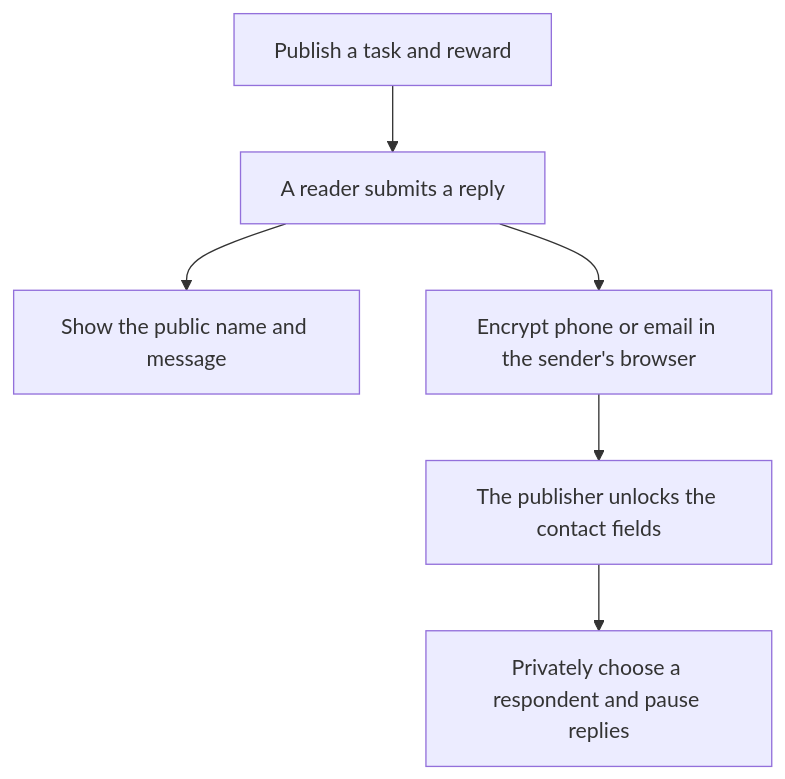
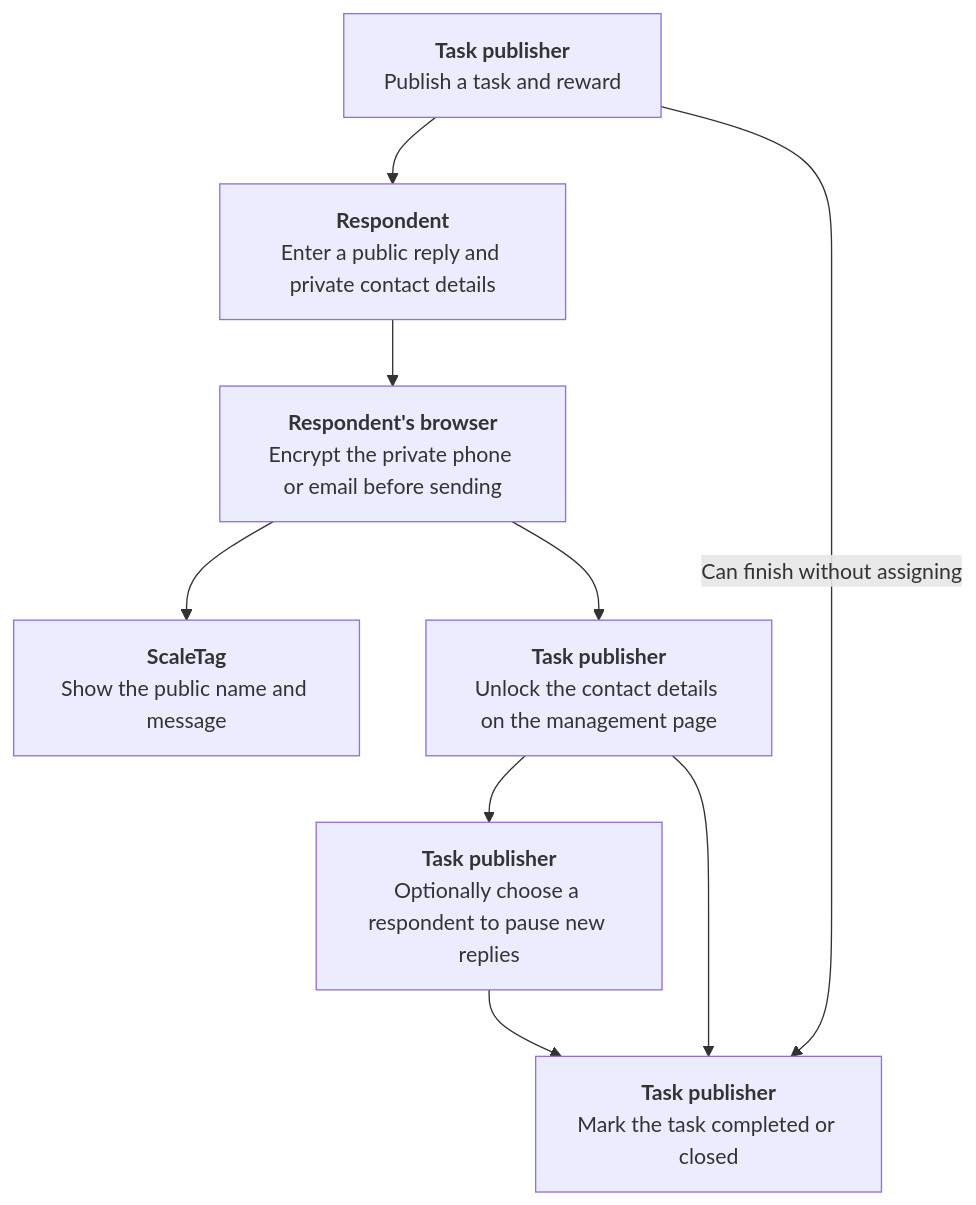
The second of 11 diagrams in README.md (ChrisXHLeung/ScaleTag), drawn with Mermaid before and after one commit. The commit also changed other lines of this file and 4 other files, not shown here.

Commit message:
Identify actors in ScaleTag feature workflows

````diff
--- a/README.md
+++ b/README.md
@@ -27,8 +27,11 @@
 ```mermaid
 flowchart TD
-    A["Publish a task and reward"] --> B["A reader submits a reply"]
-    B --> C["Show the public name and message"]
-    B --> D["Encrypt phone or email in the sender's browser"]
-    D --> E["The publisher unlocks the contact fields"]
-    E --> F["Privately choose a respondent and pause replies"]
+    A["<b>Task publisher</b><br/>Publish a task and reward"] --> B["<b>Respondent</b><br/>Enter a public reply and private contact details"]
+    B --> D["<b>Respondent's browser</b><br/>Encrypt the private phone or email before sending"]
+    D --> C["<b>ScaleTag</b><br/>Show the public name and message"]
+    D --> E["<b>Task publisher</b><br/>Unlock the contact details on the management page"]
+    E --> F["<b>Task publisher</b><br/>Optionally choose a respondent to pause new replies"]
+    F --> G["<b>Task publisher</b><br/>Mark the task completed or closed"]
+    A -->|"Can finish without assigning"| G
+    E --> G
 ```
````
